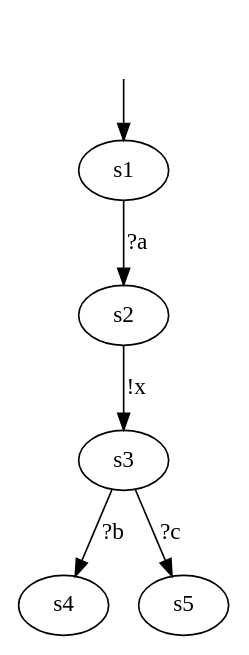
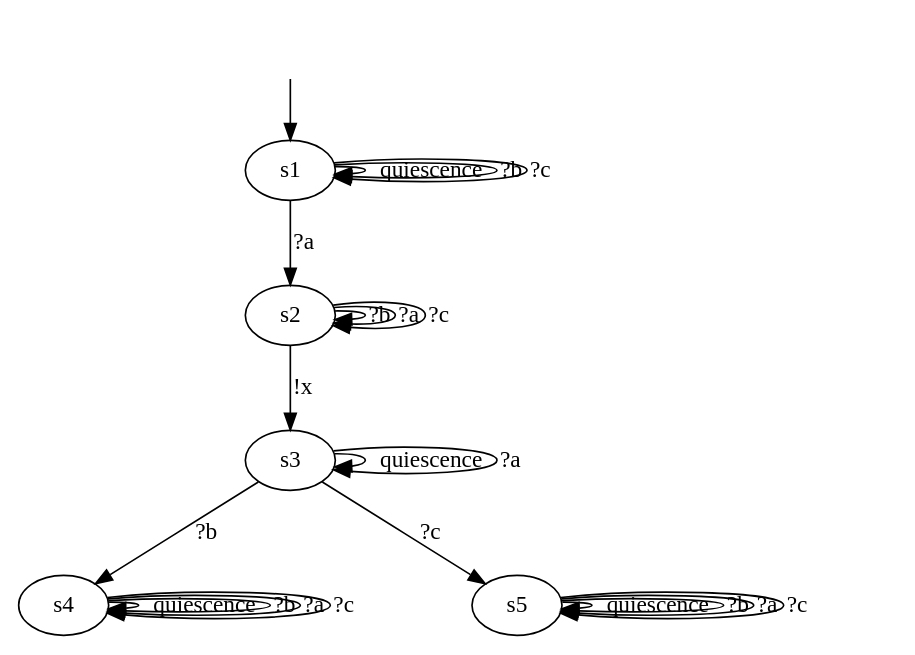
Before and after one commit to haubitzer/AALpy: the diagram in DotModels/Iolts/ioco/07_ioco_S.dot, drawn with Graphviz. The commit also changed 28 other files, not shown here.

```diff
--- a/DotModels/Iolts/ioco/07_ioco_S.dot
+++ b/DotModels/Iolts/ioco/07_ioco_S.dot
@@ -1,16 +1,29 @@
-digraph {
+digraph "../../DotModels/Iolts/ioco/07_ioco_S" {
 s1 [label=s1];
 s2 [label=s2];
 s3 [label=s3];
 s4 [label=s4];
 s5 [label=s5];
-
-
+s1 -> s1  [label=quiescence];
 s1 -> s2  [label="?a"];
+s1 -> s1  [label="?b"];
+s1 -> s1  [label="?c"];
 s2 -> s3  [label="!x"];
+s2 -> s2  [label="?b"];
+s2 -> s2  [label="?a"];
+s2 -> s2  [label="?c"];
+s3 -> s3  [label=quiescence];
 s3 -> s4  [label="?b"];
 s3 -> s5  [label="?c"];
-
+s3 -> s3  [label="?a"];
+s4 -> s4  [label=quiescence];
+s4 -> s4  [label="?b"];
+s4 -> s4  [label="?a"];
+s4 -> s4  [label="?c"];
+s5 -> s5  [label=quiescence];
+s5 -> s5  [label="?b"];
+s5 -> s5  [label="?a"];
+s5 -> s5  [label="?c"];
 __start0 [label="", shape=none];
 __start0 -> s1  [label=""];
 }
```
